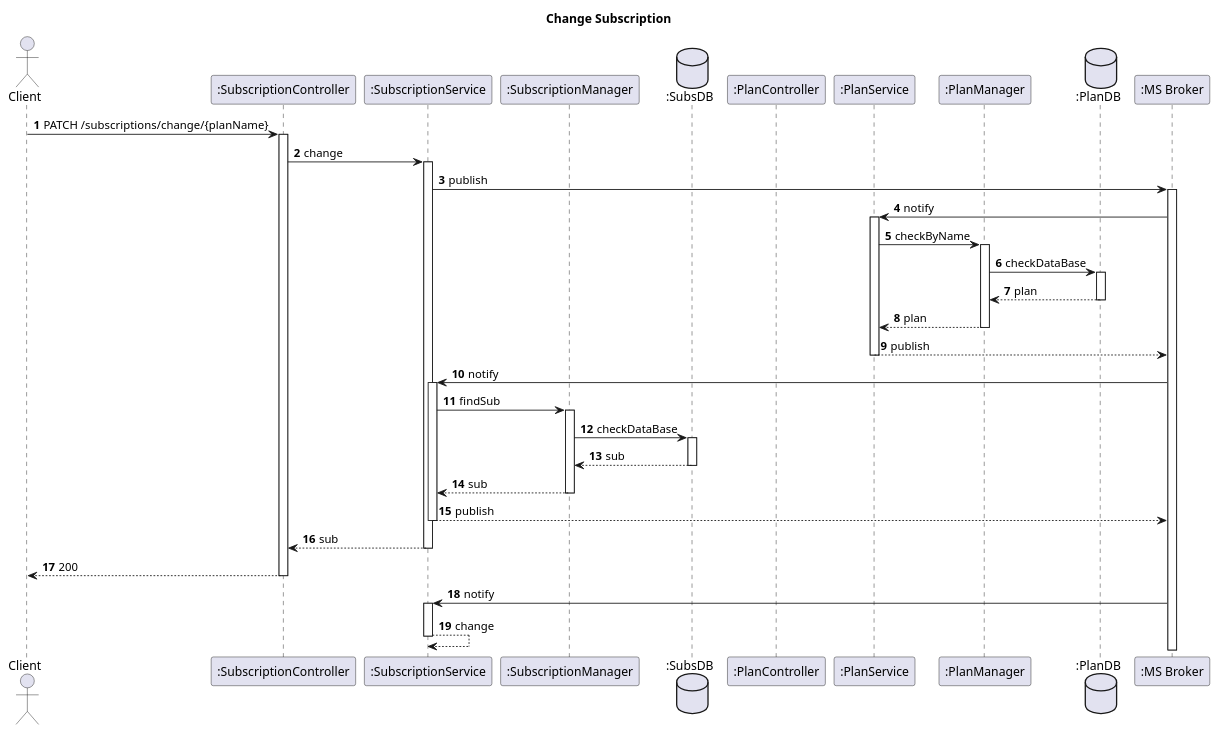
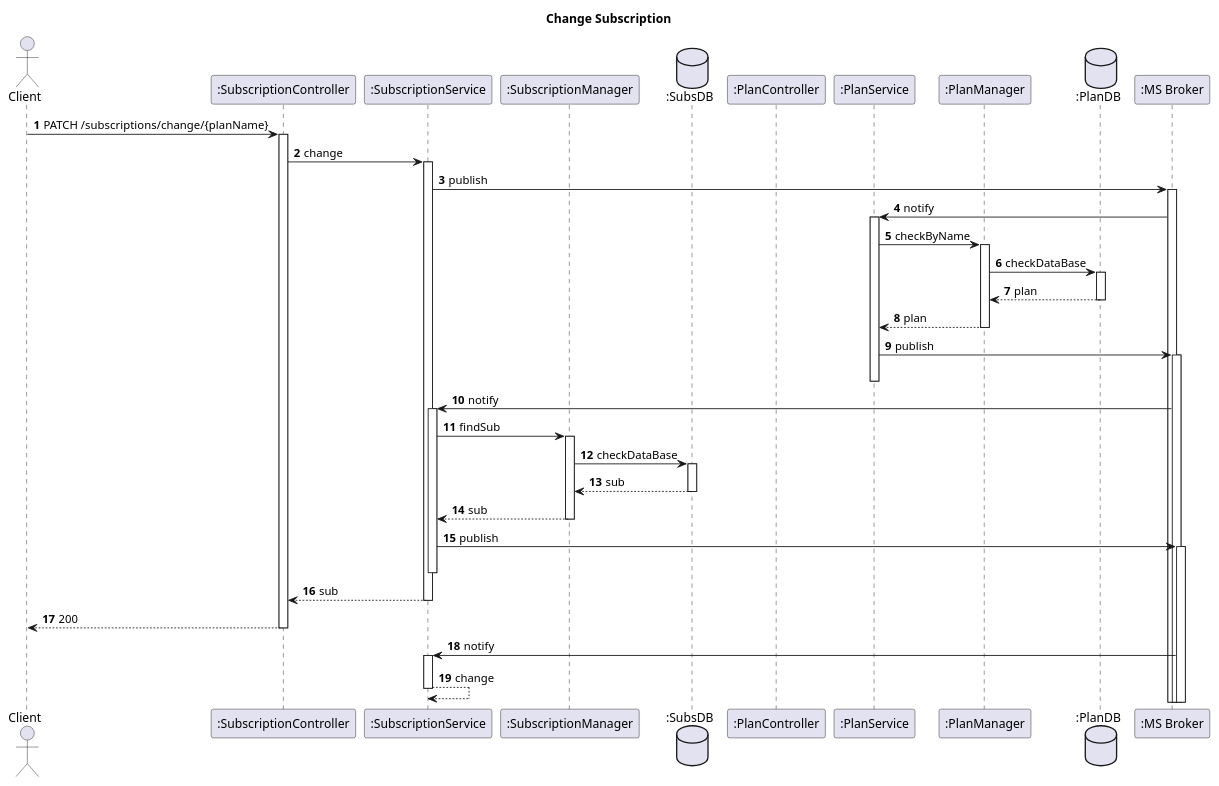
Before and after one commit to IsepMartimOliveira/SIDIS: the diagram in docs_sidis/Segunda_Avalição/Subs/Vista Logica/N3/ChangeSubs.puml, drawn with PlantUML. The commit also changed 14 other files, not shown here.

```diff
--- a/docs_sidis/Segunda_Avalição/Subs/Vista Logica/N3/ChangeSubs.puml
+++ b/docs_sidis/Segunda_Avalição/Subs/Vista Logica/N3/ChangeSubs.puml
@@ -1,41 +1,43 @@
 @startuml
 'https://plantuml.com/sequence-diagram
 autoactivate on
 autonumber
 title  Change Subscription
 
 autonumber
 
 actor "Client" as Ac
 participant ":SubscriptionController" as Auth
 participant ":SubscriptionService" as SService
 participant ":SubscriptionManager" as UManager
 database ":SubsDB" as SDB
 participant ":PlanController" as Plan
 participant ":PlanService" as PService
 participant ":PlanManager" as PManager
 database ":PlanDB" as PDB
 participant ":MS Broker" as Broker
 
 Ac->Auth: PATCH /subscriptions/change/{planName}
 Auth->SService: change
 SService->Broker: publish
 Broker->PService: notify
 PService-> PManager: checkByName
 PManager-> PDB: checkDataBase
 PDB-->PManager:plan
 PManager-->PService:plan
-PService-->Broker: publish
+PService->Broker: publish
+deactivate PService
 Broker->SService:notify
 SService->UManager: findSub
 UManager->SDB: checkDataBase
 SDB-->UManager:sub
 UManager --> SService:sub
-SService-->Broker: publish
+SService->Broker: publish
+deactivate SService
 SService -->Auth:sub
 Auth --> Ac : 200
 Broker-> SService: notify
 SService --> SService: change
 
 
 @enduml
```
